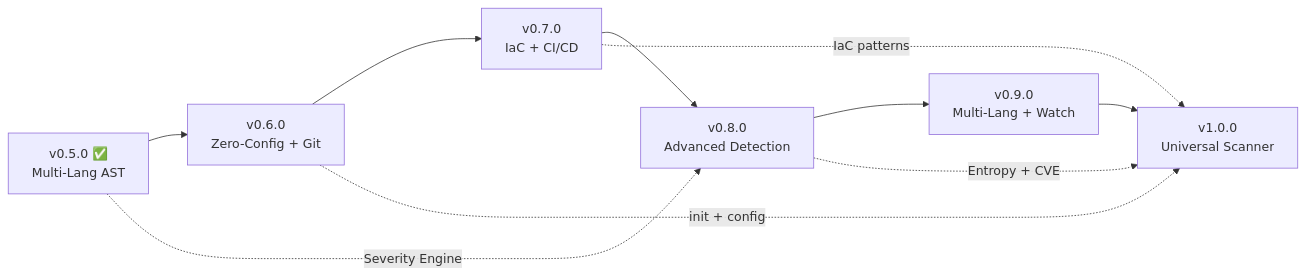
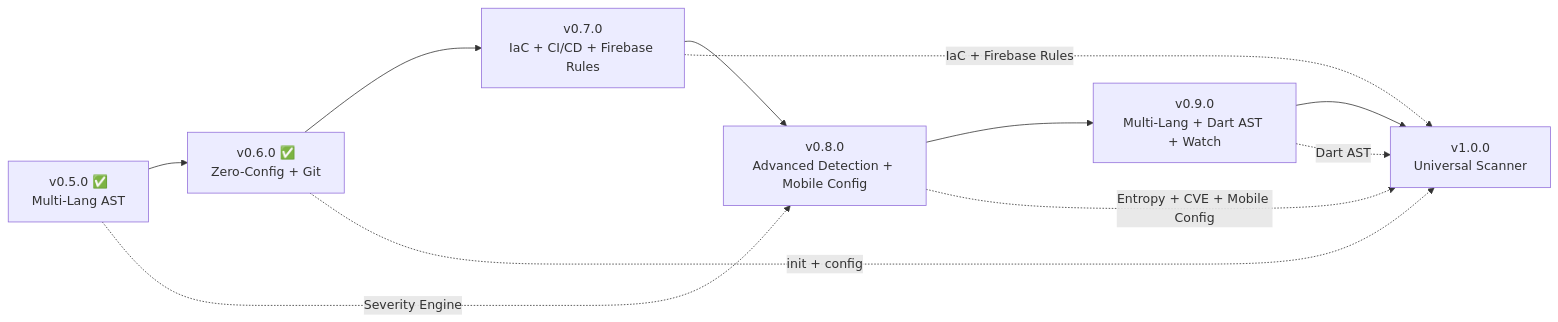
Before and after one commit to KbWen/security-tools: the diagram in docs/specs/ghostcheck-roadmap-v1.md, drawn with Mermaid. The commit also changed other lines of this file and 19 other files, not shown here.

````diff
--- a/docs/specs/ghostcheck-roadmap-v1.md
+++ b/docs/specs/ghostcheck-roadmap-v1.md
@@ -450,13 +537,14 @@
 ```mermaid
 graph LR
-    v0.5["v0.5.0 ✅<br/>Multi-Lang AST"] --> v0.6["v0.6.0<br/>Zero-Config + Git"]
-    v0.6 --> v0.7["v0.7.0<br/>IaC + CI/CD"]
-    v0.7 --> v0.8["v0.8.0<br/>Advanced Detection"]
-    v0.8 --> v0.9["v0.9.0<br/>Multi-Lang + Watch"]
+    v0.5["v0.5.0 ✅<br/>Multi-Lang AST"] --> v0.6["v0.6.0 ✅<br/>Zero-Config + Git"]
+    v0.6 --> v0.7["v0.7.0<br/>IaC + CI/CD + Firebase Rules"]
+    v0.7 --> v0.8["v0.8.0<br/>Advanced Detection + Mobile Config"]
+    v0.8 --> v0.9["v0.9.0<br/>Multi-Lang + Dart AST + Watch"]
     v0.9 --> v1.0["v1.0.0<br/>Universal Scanner"]
 
     v0.6 -.->|"init + config"| v1.0
-    v0.7 -.->|"IaC patterns"| v1.0
-    v0.8 -.->|"Entropy + CVE"| v1.0
+    v0.7 -.->|"IaC + Firebase Rules"| v1.0
+    v0.8 -.->|"Entropy + CVE + Mobile Config"| v1.0
+    v0.9 -.->|"Dart AST"| v1.0
     v0.5 -.->|"Severity Engine"| v0.8
 ```
````
